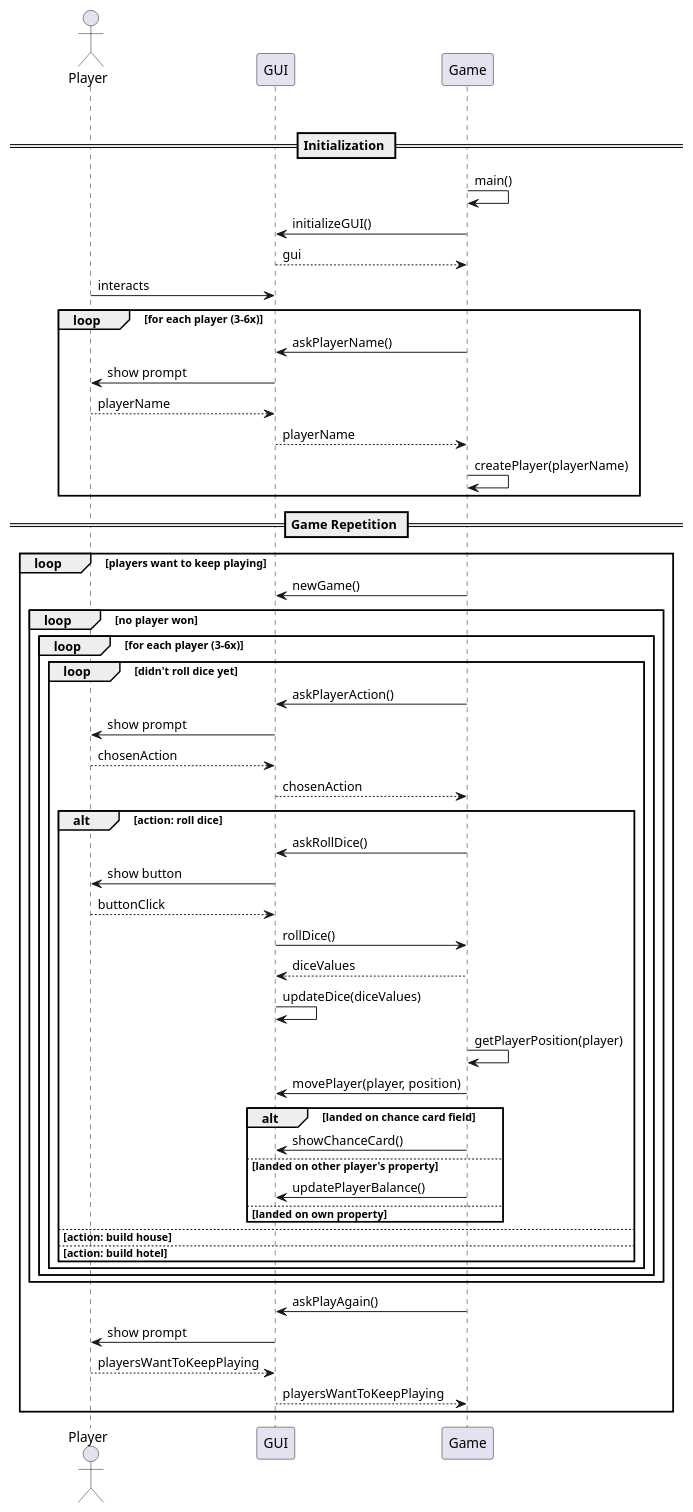
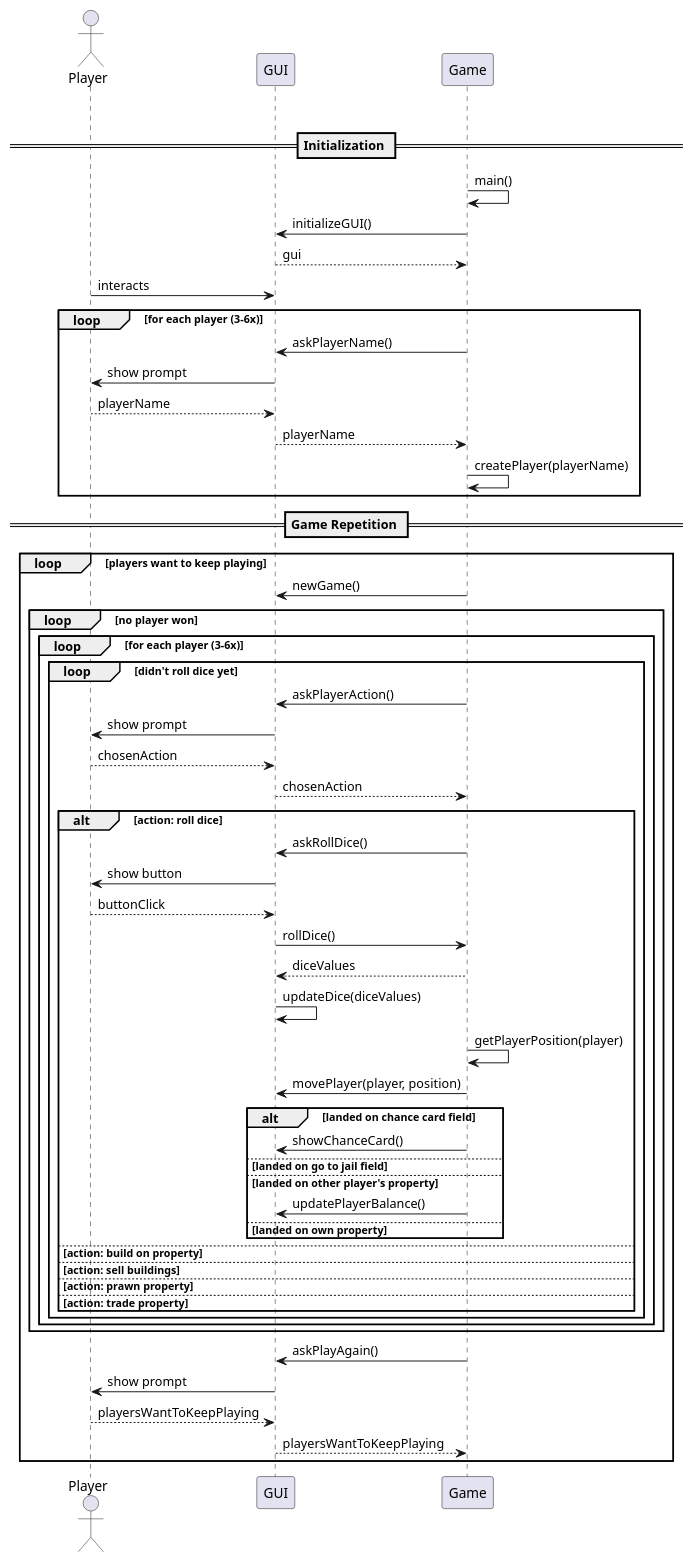
One commit to DTUSoftware/Matador changed the diagram in src/main/resources/SystemSequenceDiagram.puml. Above: the diagram before and after it, drawn with PlantUML. The commit also changed 2 other files, not shown here.

Commit message:
Update a bit of UML

```diff
--- a/src/main/resources/SystemSequenceDiagram.puml
+++ b/src/main/resources/SystemSequenceDiagram.puml
@@ -1,63 +1,66 @@
 @startuml
 'https://plantuml.com/sequence-diagram
 
 actor Player
 Player -[hidden]-> GUI
 GUI -[hidden]-> Game
 
 == Initialization ==
 
 Game -> Game : main()
 
 GUI <- Game : initializeGUI()
 GUI --> Game : gui
 Player -> GUI : interacts
 
 loop for each player (3-6x)
     GUI <- Game : askPlayerName()
     Player <- GUI : show prompt
     Player --> GUI : playerName
     GUI --> Game : playerName
     Game -> Game : createPlayer(playerName)
 end
 
 == Game Repetition ==
 
 loop players want to keep playing
     GUI <- Game : newGame()
     loop no player won
         loop for each player (3-6x)
             loop didn't roll dice yet
                 GUI <- Game : askPlayerAction()
                 Player <- GUI : show prompt
                 Player --> GUI : chosenAction
                 GUI --> Game : chosenAction
                 alt action: roll dice
                     GUI <- Game : askRollDice()
                     Player <- GUI : show button
                     Player --> GUI : buttonClick
                     GUI -> Game : rollDice()
                     GUI <-- Game : diceValues
                     GUI -> GUI : updateDice(diceValues)
                     Game -> Game : getPlayerPosition(player)
                     GUI <- Game : movePlayer(player, position)
 
                     alt landed on chance card field
                         GUI <- Game : showChanceCard()
+                    else landed on go to jail field
                     else landed on other player's property
                         GUI <- Game : updatePlayerBalance()
                     else landed on own property
                     end
-                else action: build house
-                else action: build hotel
+                else action: build on property
+                else action: sell buildings
+                else action: prawn property
+                else action: trade property
                 end
             end
         end
     end
     GUI <- Game : askPlayAgain()
     Player <- GUI : show prompt
     Player --> GUI : playersWantToKeepPlaying
     GUI --> Game : playersWantToKeepPlaying
 end
 
 @enduml
```
